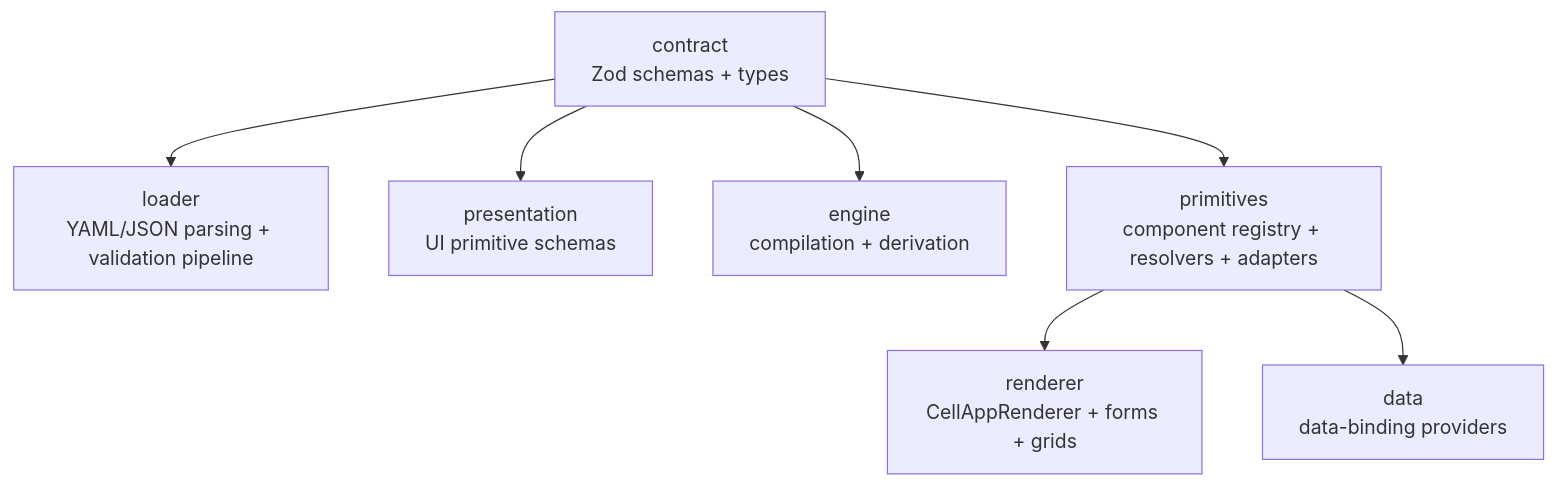
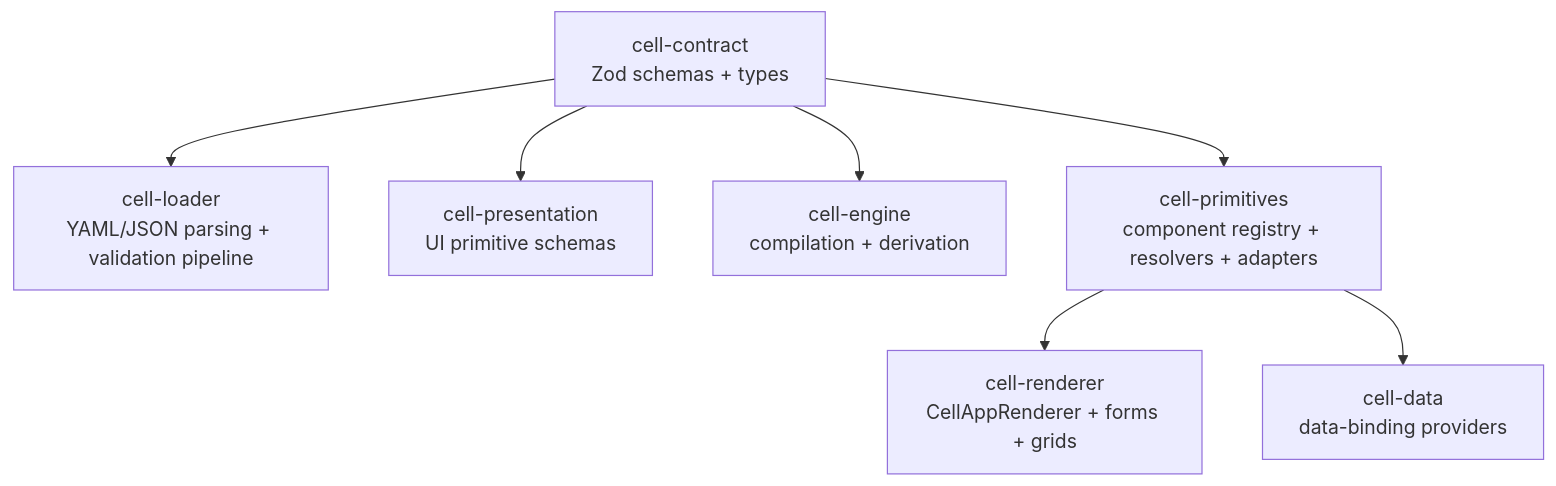
One commit to ikary-platform/ikary-manifest changed the second of 2 diagrams in README.md. Above: the diagram before and after it, drawn with Mermaid. The commit also changed other lines of this file and 1504 other files, not shown here.

````diff
--- a/README.md
+++ b/README.md
@@ -114,17 +130,17 @@
 ```mermaid
 flowchart TD
-    C["contract<br/>Zod schemas + types"]
-    L["loader<br/>YAML/JSON parsing + validation pipeline"]
-    P["presentation<br/>UI primitive schemas"]
-    E["engine<br/>compilation + derivation"]
-    R["primitives<br/>component registry + resolvers + adapters"]
-    RR["renderer<br/>CellAppRenderer + forms + grids"]
-    D["data<br/>data-binding providers"]
+    C["cell-contract<br/>Zod schemas + types"]
+    L["cell-loader<br/>YAML/JSON parsing + validation pipeline"]
+    P["cell-presentation<br/>UI primitive schemas"]
+    E["cell-engine<br/>compilation + derivation"]
+    R["cell-primitives<br/>component registry + resolvers + adapters"]
+    RR["cell-renderer<br/>CellAppRenderer + forms + grids"]
+    D["cell-data<br/>data-binding providers"]
 
     C --> L
     C --> P
     C --> E
     C --> R
     R --> RR
     R --> D
 ```
````
